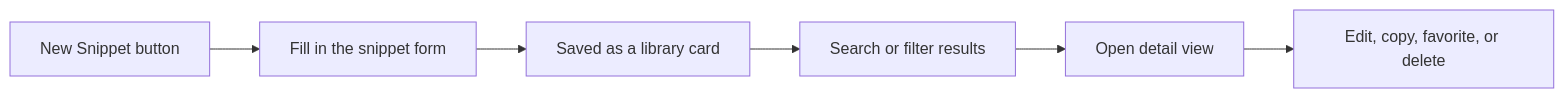
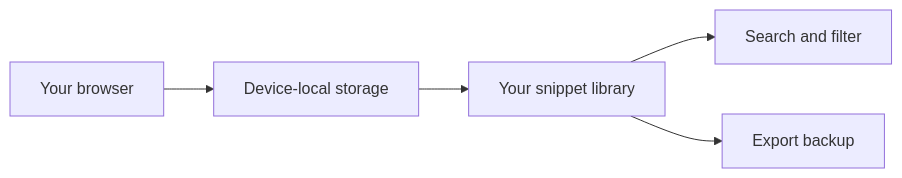
The first of 2 diagrams in api2-documentation/plan_2026-11-02_f8890e/user-facing-docs/snippet-library.md (Mohita111/API2), drawn with Mermaid before and after one commit. The commit also changed other lines of this file and 12 other files, not shown here.

````diff
--- a/api2-documentation/plan_2026-11-02_f8890e/user-facing-docs/snippet-library.md
+++ b/api2-documentation/plan_2026-11-02_f8890e/user-facing-docs/snippet-library.md
@@ -50,8 +29,7 @@
 ```mermaid
 graph LR
-  A[New Snippet button] --> B[Fill in the snippet form]
-  B --> C[Saved as a library card]
-  C --> D[Search or filter results]
-  D --> E[Open detail view]
-  E --> F["Edit, copy, favorite, or delete"]
+  A[Your browser] --> B[Device-local storage]
+  B --> C[Your snippet library]
+  C --> D[Search and filter]
+  C --> E[Export backup]
 ```
````
